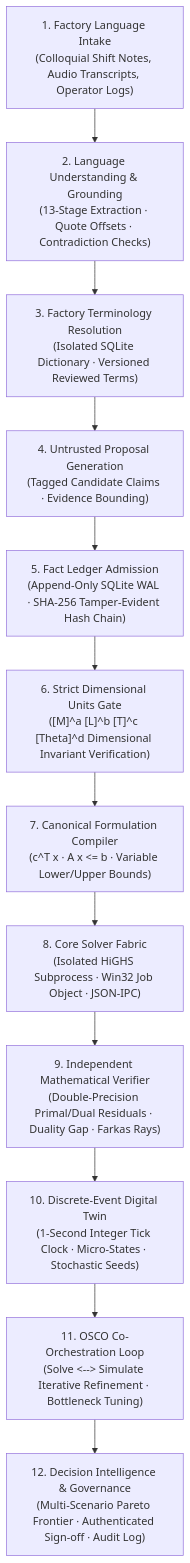
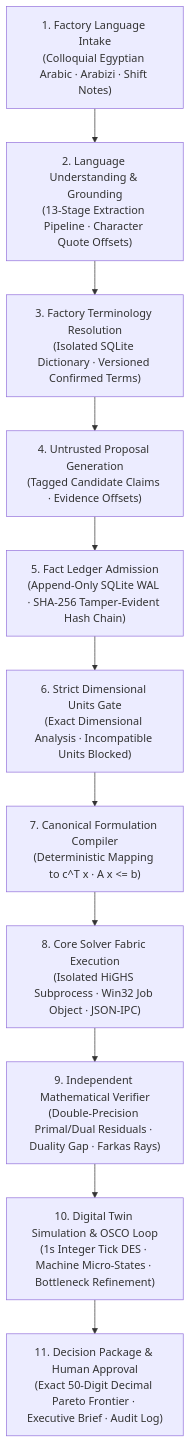
One commit to Mohamed-Osama-ai7/QORVEXA changed the third of 6 diagrams in docs/qorvexa/QORVEXA_MASTER_PROJECT_AND_TEAM_BLUEPRINT.md. Above: the diagram before and after it, drawn with Mermaid. The commit also changed other lines of this file, not shown here.

Commit message:
docs(blueprint): align master document with canonical platform architecture

````diff
--- a/docs/qorvexa/QORVEXA_MASTER_PROJECT_AND_TEAM_BLUEPRINT.md
+++ b/docs/qorvexa/QORVEXA_MASTER_PROJECT_AND_TEAM_BLUEPRINT.md
@@ -90,14 +122,13 @@
 ```mermaid
 flowchart TD
-    S1["1. Factory Language Intake\n(Colloquial Shift Notes, Audio Transcripts, Operator Logs)"] --> S2["2. Language Understanding & Grounding\n(13-Stage Extraction · Quote Offsets · Contradiction Checks)"]
-    S2 --> S3["3. Factory Terminology Resolution\n(Isolated SQLite Dictionary · Versioned Reviewed Terms)"]
-    S3 --> S4["4. Untrusted Proposal Generation\n(Tagged Candidate Claims · Evidence Bounding)"]
-    S4 --> S5["5. Fact Ledger Admission\n(Append-Only SQLite WAL · SHA-256 Tamper-Evident Hash Chain)"]
-    S5 --> S6["6. Strict Dimensional Units Gate\n([M]^a [L]^b [T]^c [Theta]^d Dimensional Invariant Verification)"]
-    S6 --> S7["7. Canonical Formulation Compiler\n(c^T x · A x <= b · Variable Lower/Upper Bounds)"]
-    S7 --> S8["8. Core Solver Fabric\n(Isolated HiGHS Subprocess · Win32 Job Object · JSON-IPC)"]
-    S8 --> S9["9. Independent Mathematical Verifier\n(Double-Precision Primal/Dual Residuals · Duality Gap · Farkas Rays)"]
-    S9 --> S10["10. Discrete-Event Digital Twin\n(1-Second Integer Tick Clock · Micro-States · Stochastic Seeds)"]
-    S10 --> S11["11. OSCO Co-Orchestration Loop\n(Solve <--> Simulate Iterative Refinement · Bottleneck Tuning)"]
-    S11 --> S12["12. Decision Intelligence & Governance\n(Multi-Scenario Pareto Frontier · Authenticated Sign-off · Audit Log)"]
+    I1["1. Factory Language Intake\n(Colloquial Egyptian Arabic · Arabizi · Shift Notes)"] --> I2["2. Language Understanding & Grounding\n(13-Stage Extraction Pipeline · Character Quote Offsets)"]
+    I2 --> I3["3. Factory Terminology Resolution\n(Isolated SQLite Dictionary · Versioned Confirmed Terms)"]
+    I3 --> I4["4. Untrusted Proposal Generation\n(Tagged Candidate Claims · Evidence Offsets)"]
+    I4 --> I5["5. Fact Ledger Admission\n(Append-Only SQLite WAL · SHA-256 Tamper-Evident Hash Chain)"]
+    I5 --> I6["6. Strict Dimensional Units Gate\n(Exact Dimensional Analysis · Incompatible Units Blocked)"]
+    I6 --> I7["7. Canonical Formulation Compiler\n(Deterministic Mapping to c^T x · A x <= b)"]
+    I7 --> I8["8. Core Solver Fabric Execution\n(Isolated HiGHS Subprocess · Win32 Job Object · JSON-IPC)"]
+    I8 --> I9["9. Independent Mathematical Verifier\n(Double-Precision Primal/Dual Residuals · Duality Gap · Farkas Rays)"]
+    I9 --> I10["10. Digital Twin Simulation & OSCO Loop\n(1s Integer Tick DES · Machine Micro-States · Bottleneck Refinement)"]
+    I10 --> I11["11. Decision Package & Human Approval\n(Exact 50-Digit Decimal Pareto Frontier · Executive Brief · Audit Log)"]
 ```
````
